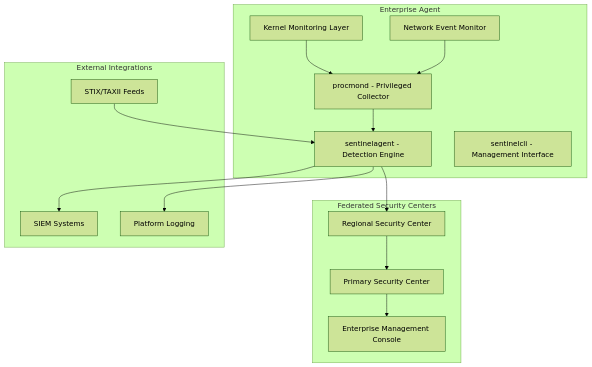
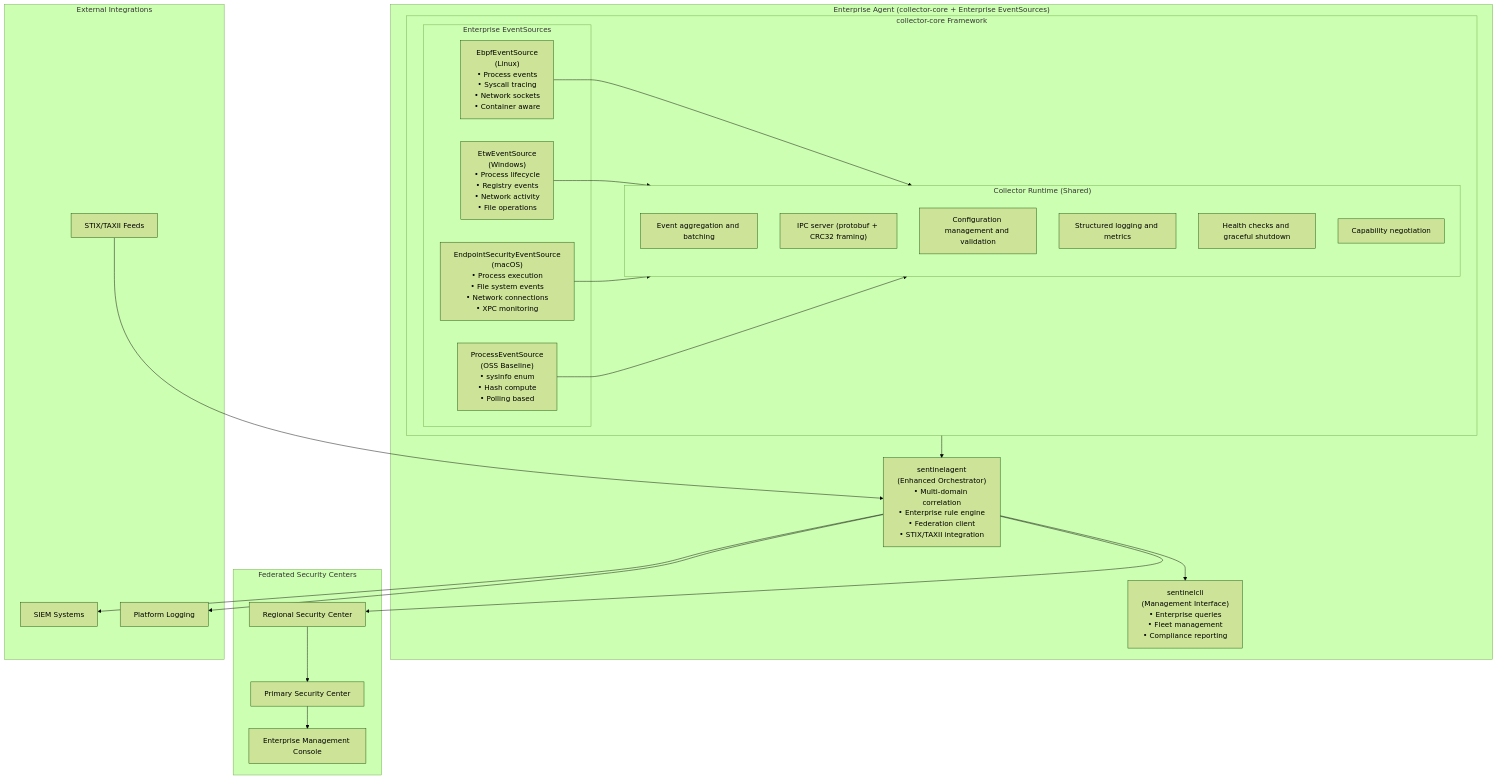
The diagram in .kiro/specs/enterprise-tier-features/design.md (EvilBit-Labs/DaemonEye), drawn with Mermaid (forest theme) before and after one commit. The commit also changed other lines of this file and 23 other files, not shown here.

First line of the commit message:
feat: implement async message handling and comprehensive ipc integration tests (#81)

````diff
--- a/.kiro/specs/enterprise-tier-features/design.md
+++ b/.kiro/specs/enterprise-tier-features/design.md
@@ -13,32 +15,51 @@
 ```mermaid
 graph TB
-    subgraph "Enterprise Agent"
-        A[procmond - Privileged Collector]
-        B[sentinelagent - Detection Engine]
-        C[sentinelcli - Management Interface]
-        D[Kernel Monitoring Layer]
-        E[Network Event Monitor]
+    subgraph "Enterprise Agent (collector-core + Enterprise EventSources)"
+        subgraph CC["collector-core Framework"]
+            subgraph ES["Enterprise EventSources"]
+                EBPF["EbpfEventSource<br/>(Linux)<br/>• Process events<br/>• Syscall tracing<br/>• Network sockets<br/>• Container aware"]
+                ETW["EtwEventSource<br/>(Windows)<br/>• Process lifecycle<br/>• Registry events<br/>• Network activity<br/>• File operations"]
+                ENDPOINT["EndpointSecurityEventSource<br/>(macOS)<br/>• Process execution<br/>• File system events<br/>• Network connections<br/>• XPC monitoring"]
+                PROC["ProcessEventSource<br/>(OSS Baseline)<br/>• sysinfo enum<br/>• Hash compute<br/>• Polling based"]
+            end
+
+            subgraph CR["Collector Runtime (Shared)"]
+                AGG["Event aggregation and batching"]
+                IPC["IPC server (protobuf + CRC32 framing)"]
+                CFG["Configuration management and validation"]
+                LOG["Structured logging and metrics"]
+                HEALTH["Health checks and graceful shutdown"]
+                CAP["Capability negotiation"]
+            end
+
+            EBPF --> CR
+            ETW --> CR
+            ENDPOINT --> CR
+            PROC --> CR
+        end
+
+        AGENT["sentinelagent<br/>(Enhanced Orchestrator)<br/>• Multi-domain correlation<br/>• Enterprise rule engine<br/>• Federation client<br/>• STIX/TAXII integration"]
+        CLI["sentinelcli<br/>(Management Interface)<br/>• Enterprise queries<br/>• Fleet management<br/>• Compliance reporting"]
     end
 
     subgraph "Federated Security Centers"
         F[Regional Security Center]
         G[Primary Security Center]
         H[Enterprise Management Console]
     end
 
     subgraph "External Integrations"
         I[STIX/TAXII Feeds]
         J[SIEM Systems]
         K[Platform Logging]
     end
 
-    D --> A
-    E --> A
-    A --> B
-    B --> F
+    CC --> AGENT
+    AGENT --> CLI
+    AGENT --> F
     F --> G
     G --> H
-    I --> B
-    B --> J
-    B --> K
+    I --> AGENT
+    AGENT --> J
+    AGENT --> K
 ```
````
